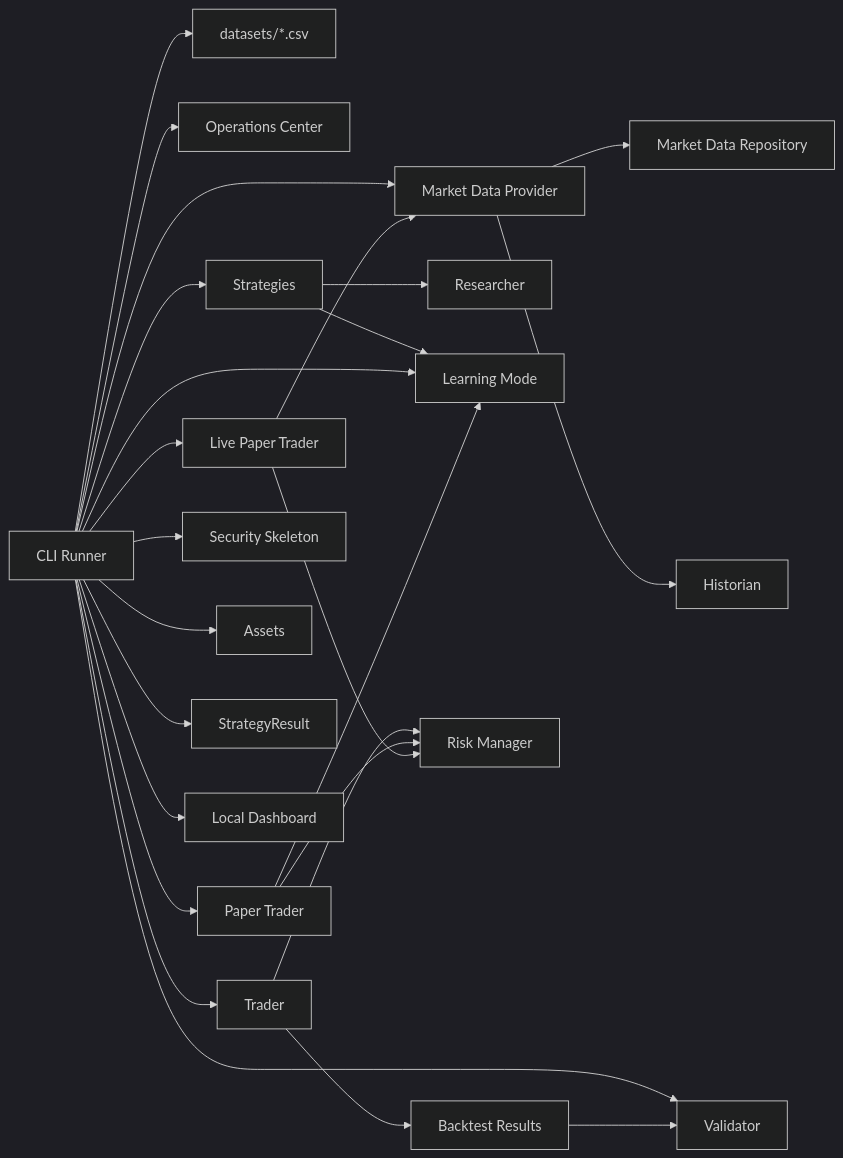
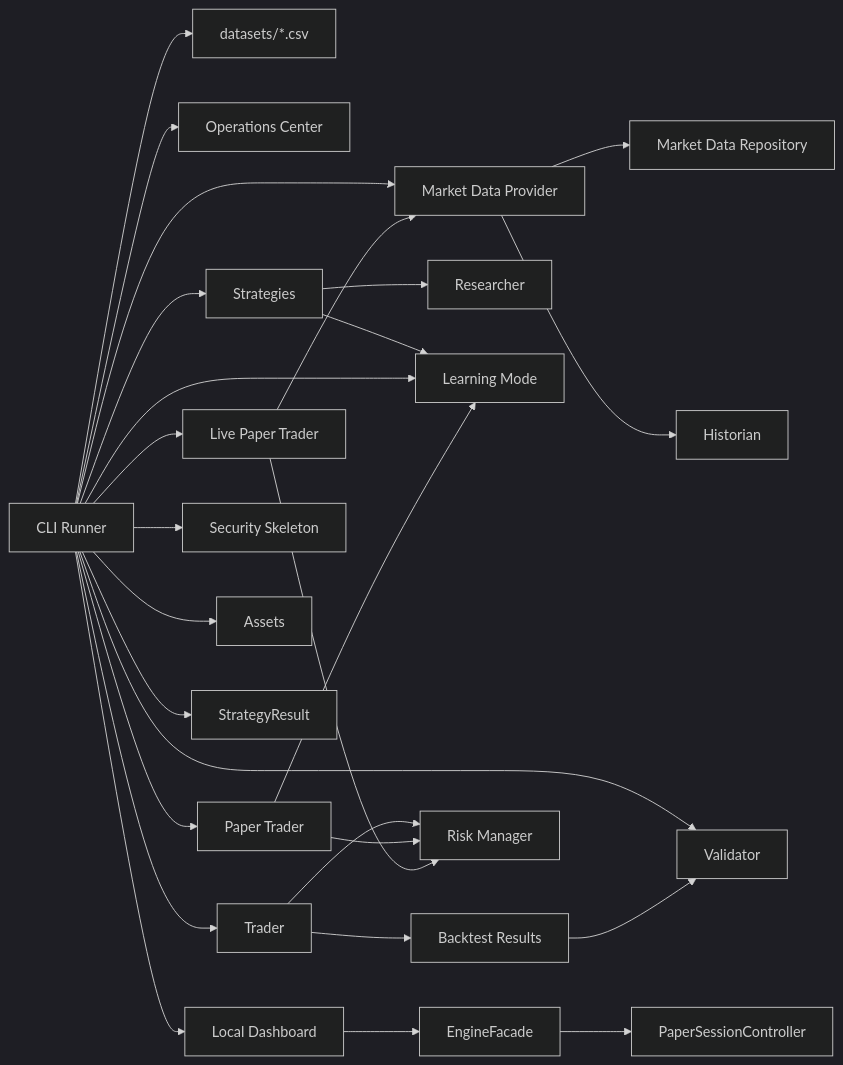
One commit to lumenXV/PTB-1 changed the diagram in ARCHITECTURE.md. Above: the diagram before and after it, drawn with Mermaid (dark theme). The commit also changed other lines of this file and 9 other files, not shown here.

Commit message:
Add dashboard-operated fake paper scanner

````diff
--- a/ARCHITECTURE.md
+++ b/ARCHITECTURE.md
@@ -15,27 +15,29 @@
 ```mermaid
 flowchart LR
     CLI["CLI Runner"] --> DatasetFiles["datasets/*.csv"]
     CLI --> Operations["Operations Center"]
     CLI --> MarketData["Market Data Provider"]
     MarketData --> MarketRepo["Market Data Repository"]
     MarketData --> Historian["Historian"]
     CLI --> Strategies["Strategies"]
     Strategies --> Researcher["Researcher"]
     Strategies --> Learning["Learning Mode"]
     CLI --> Learning
     CLI --> Trader["Trader"]
     CLI --> Paper["Paper Trader"]
     CLI --> LivePaper["Live Paper Trader"]
     CLI --> Security["Security Skeleton"]
     CLI --> Assets["Assets"]
     CLI --> StrategyResult["StrategyResult"]
     CLI --> Dashboard["Local Dashboard"]
+    Dashboard --> EngineFacade["EngineFacade"]
+    EngineFacade --> PaperSessionController["PaperSessionController"]
     Trader --> RiskManager["Risk Manager"]
     Paper --> RiskManager
     LivePaper --> RiskManager
     LivePaper --> MarketData
     Paper --> Learning
     Trader --> Result["Backtest Results"]
     CLI --> Validator["Validator"]
     Result --> Validator
 ```
````
